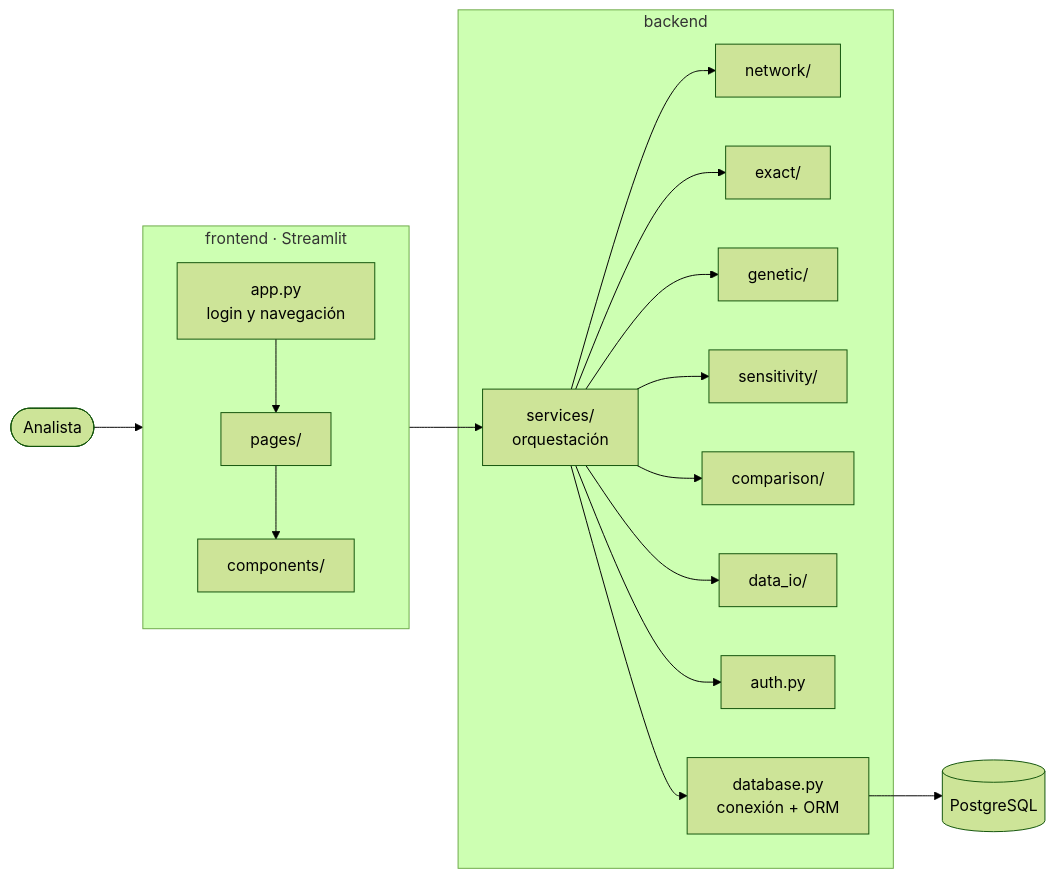
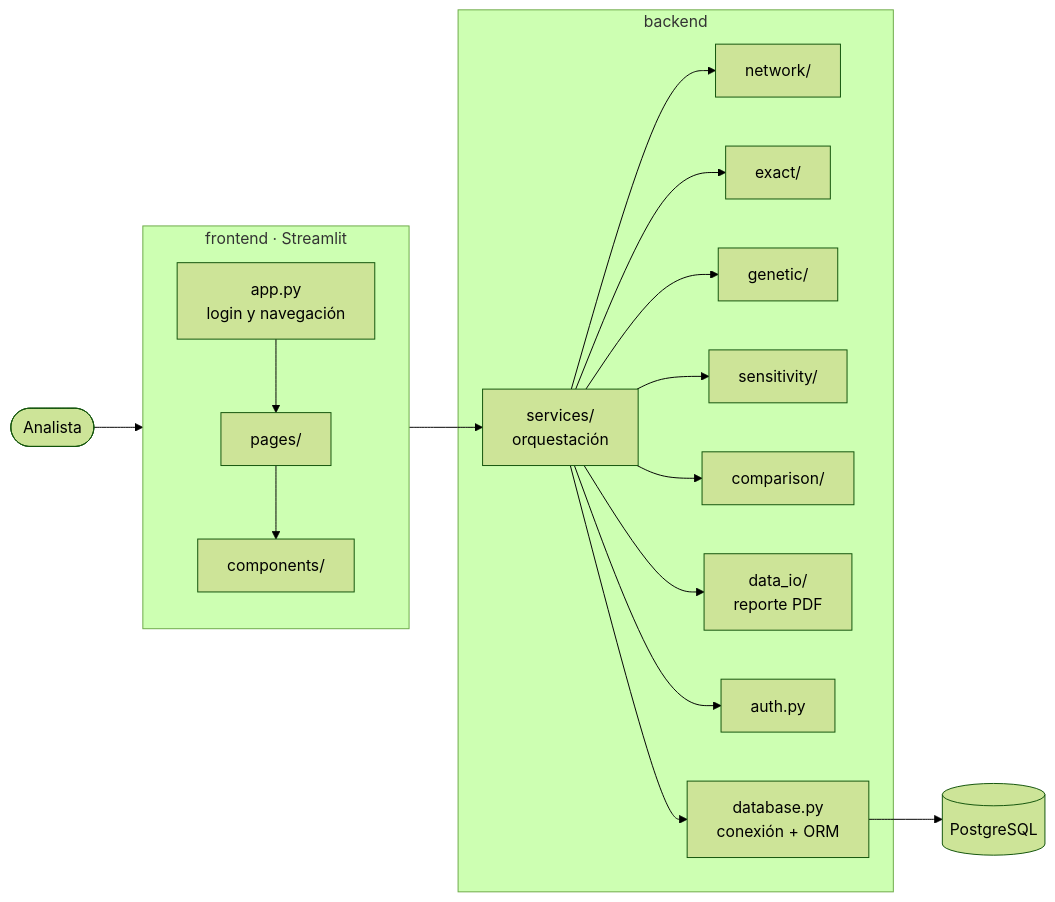
Before and after one commit to freddy-vc/nexus-analytics-eco-residuos: the diagram in README.md, drawn with Mermaid (forest theme). The commit also changed other lines of this file and 160 other files, not shown here.

````diff
--- a/README.md
+++ b/README.md
@@ -105,24 +105,24 @@
 ```mermaid
 flowchart LR
     U([Analista]) --> FE
 
     subgraph FE[frontend · Streamlit]
         APP[app.py<br/>login y navegación] --> PAGES[pages/]
         PAGES --> COMP[components/]
     end
 
     FE --> SRV
 
     subgraph BE[backend]
         SRV[services/<br/>orquestación] --> NET[network/]
         SRV --> EXA[exact/]
         SRV --> GEN[genetic/]
         SRV --> SEN[sensitivity/]
         SRV --> CMP[comparison/]
-        SRV --> DIO[data_io/]
+        SRV --> DIO[data_io/<br/>reporte PDF]
         SRV --> AUTH[auth.py]
         SRV --> DB[database.py<br/>conexión + ORM]
     end
 
     DB --> PG[(PostgreSQL)]
 ```
````
